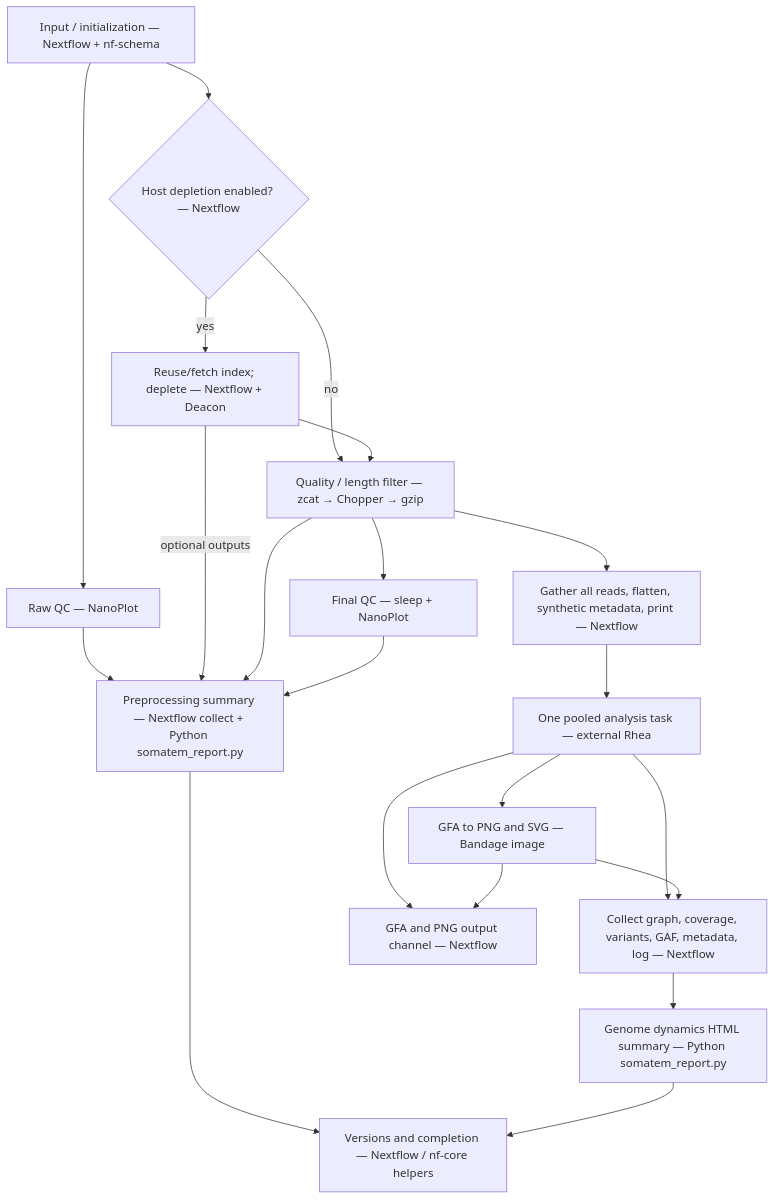
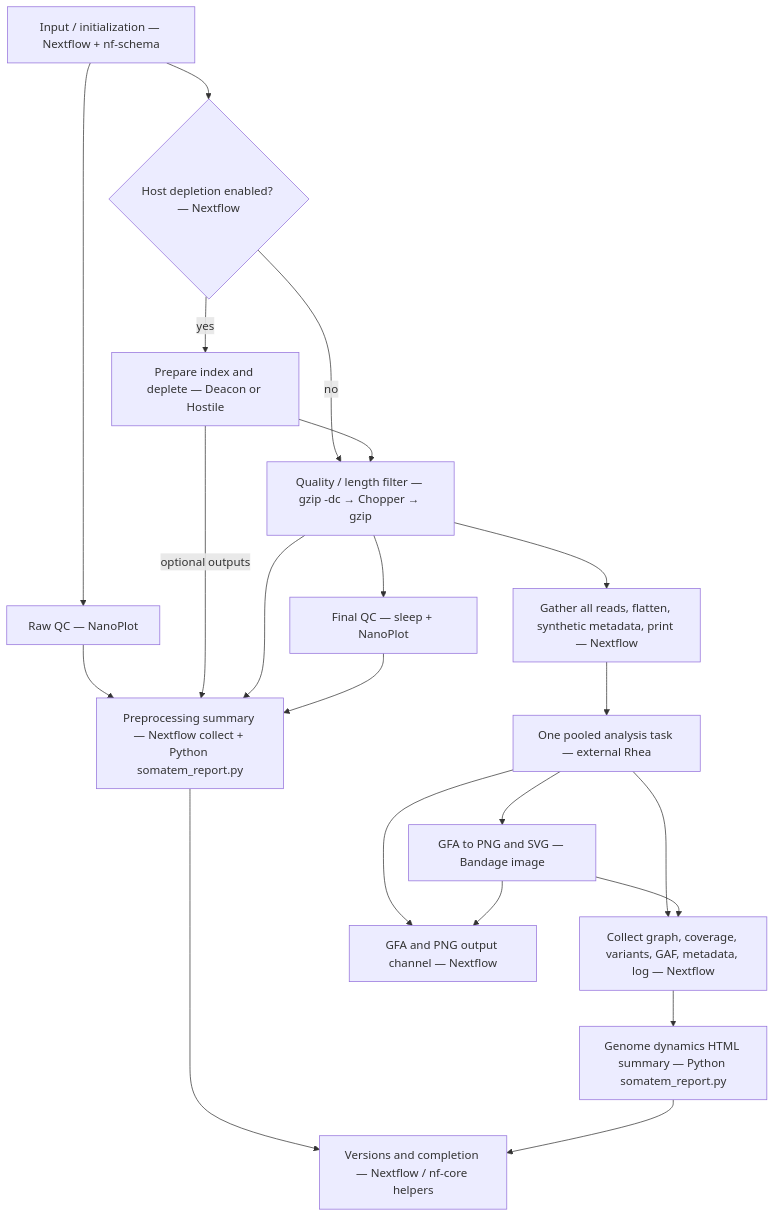
Diagram 11 of 17 in docs/workflow-breakdown.md (treangenlab/somatem), drawn with Mermaid before and after one commit. The commit also changed other lines of this file and 15 other files, not shown here.

````diff
--- a/docs/workflow-breakdown.md
+++ b/docs/workflow-breakdown.md
@@ -664,23 +664,23 @@
 ```mermaid
 flowchart TD
     G0["Input / initialization — Nextflow + nf-schema"] --> G1["Raw QC — NanoPlot"]
     G0 --> G2{"Host depletion enabled? — Nextflow"}
-    G2 -->|yes| G3["Reuse/fetch index; deplete — Nextflow + Deacon"]
-    G2 -->|no| G4["Quality / length filter — zcat → Chopper → gzip"]
+    G2 -->|yes| G3["Prepare index and deplete — Deacon or Hostile"]
+    G2 -->|no| G4["Quality / length filter — gzip -dc → Chopper → gzip"]
     G3 --> G4
     G4 --> G5["Final QC — sleep + NanoPlot"]
     G1 --> G6["Preprocessing summary — Nextflow collect + Python somatem_report.py"]
     G3 -->|optional outputs| G6
     G4 --> G6
     G5 --> G6
     G4 --> G7["Gather all reads, flatten, synthetic metadata, print — Nextflow"]
     G7 --> G8["One pooled analysis task — external Rhea"]
     G8 --> G9["GFA to PNG and SVG — Bandage image"]
     G8 --> G10["Collect graph, coverage, variants, GAF, metadata, log — Nextflow"]
     G9 --> G10
     G10 --> G11["Genome dynamics HTML summary — Python somatem_report.py"]
     G8 --> G12["GFA and PNG output channel — Nextflow"]
     G9 --> G12
     G6 --> G13["Versions and completion — Nextflow / nf-core helpers"]
     G11 --> G13
 ```
````
